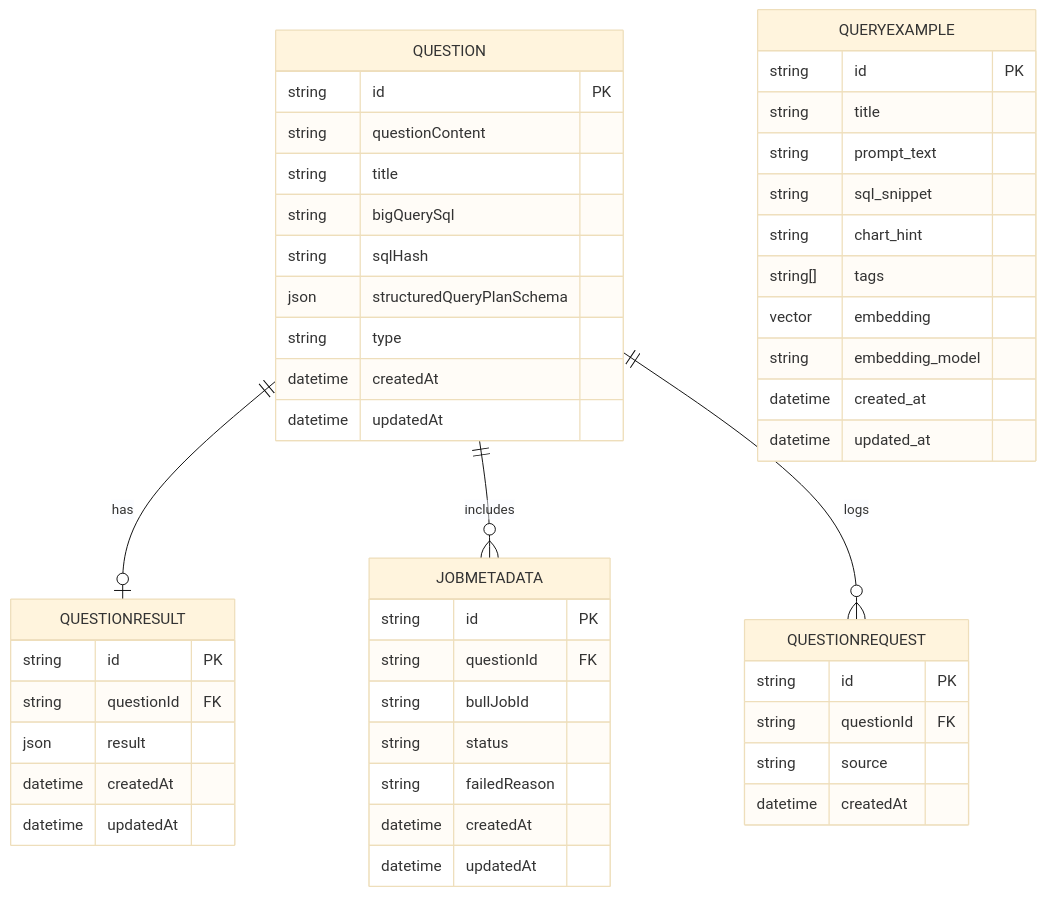
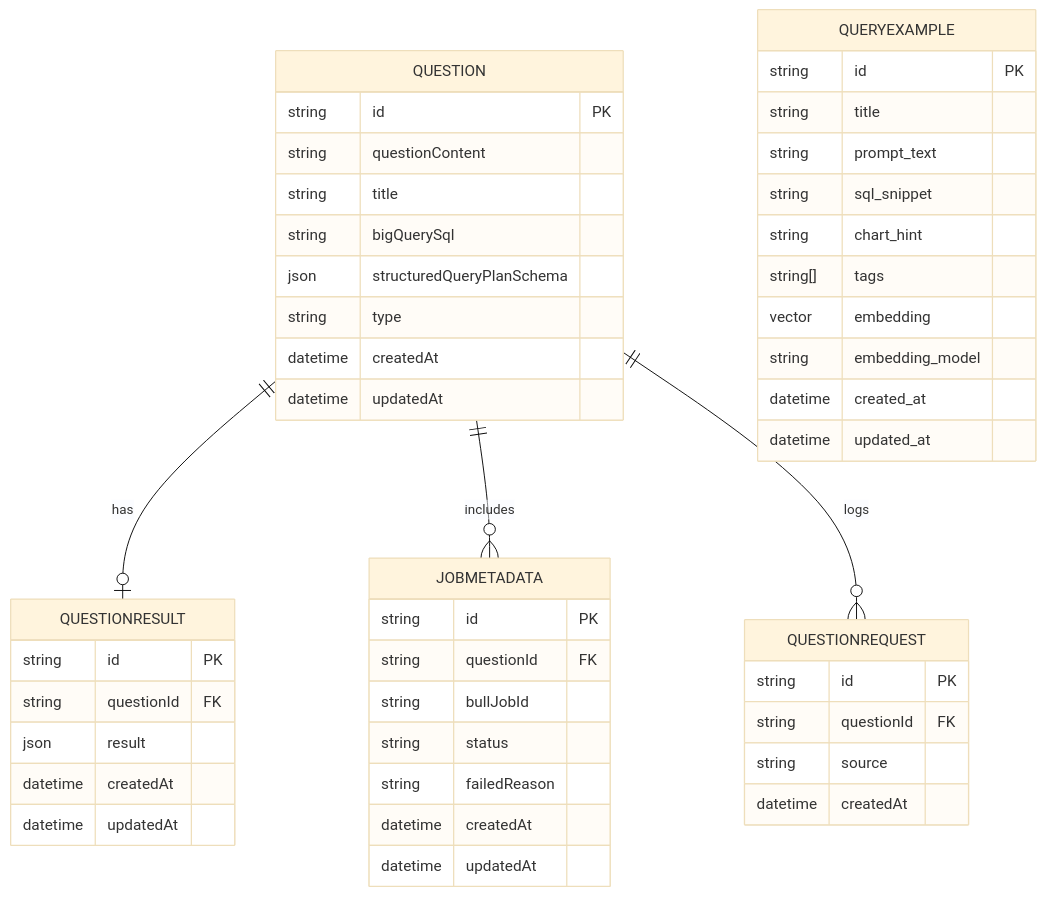
One commit to hsergiu/github-trends-bq changed the diagram in README.md. Above: the diagram before and after it, drawn with Mermaid (base theme).

Commit message:
update readme - remove sql hash caching

````diff
--- a/README.md
+++ b/README.md
@@ -81,52 +81,51 @@
 ```mermaid
 erDiagram
   QUESTION {
     string id PK
     string questionContent
     string title
     string bigQuerySql
-    string sqlHash
     json structuredQueryPlanSchema
     string type
     datetime createdAt
     datetime updatedAt
   }
   JOBMETADATA {
     string id PK
     string questionId FK
     string bullJobId
     string status
     string failedReason
     datetime createdAt
     datetime updatedAt
   }
   QUESTIONRESULT {
     string id PK
     string questionId FK
     json result
     datetime createdAt
     datetime updatedAt
   }
   QUERYEXAMPLE {
     string id PK
     string title
     string prompt_text
     string sql_snippet
     string chart_hint
     string[] tags
     vector embedding
     string embedding_model
     datetime created_at
     datetime updated_at
   }
   QUESTIONREQUEST {
     string id PK
     string questionId FK
     string source
     datetime createdAt
   }
 
   QUESTION ||--o| QUESTIONRESULT : has
   QUESTION ||--o{ JOBMETADATA : includes
   QUESTION ||--o{ QUESTIONREQUEST : logs
 ```
````
